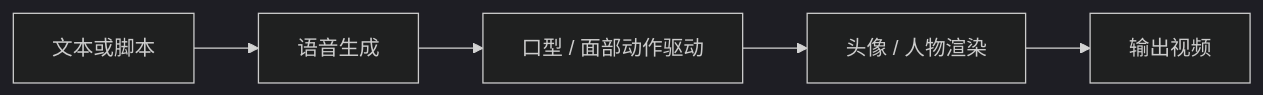
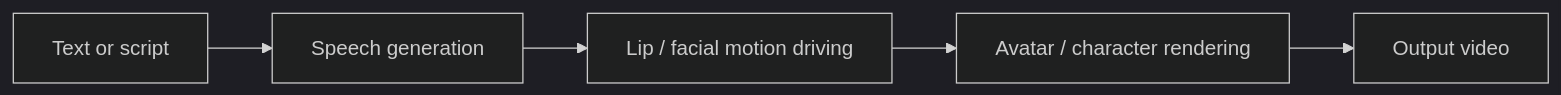
Before and after one commit to oudbiao/AI-fullstack-course: the diagram in docs/ch12-multimodal/ch03-video-gen/03-digital-human.md, drawn with Mermaid (dark theme). The commit also changed other lines of this file and 1406 other files, not shown here.

````diff
--- a/docs/ch12-multimodal/ch03-video-gen/03-digital-human.md
+++ b/docs/ch12-multimodal/ch03-video-gen/03-digital-human.md
@@ -47,7 +47,7 @@
 ```mermaid
 flowchart LR
-    A["文本或脚本"] --> B["语音生成"]
-    B --> C["口型 / 面部动作驱动"]
-    C --> D["头像 / 人物渲染"]
-    D --> E["输出视频"]
+    A["Text or script"] --> B["Speech generation"]
+    B --> C["Lip / facial motion driving"]
+    C --> D["Avatar / character rendering"]
+    D --> E["Output video"]
 ```
````
